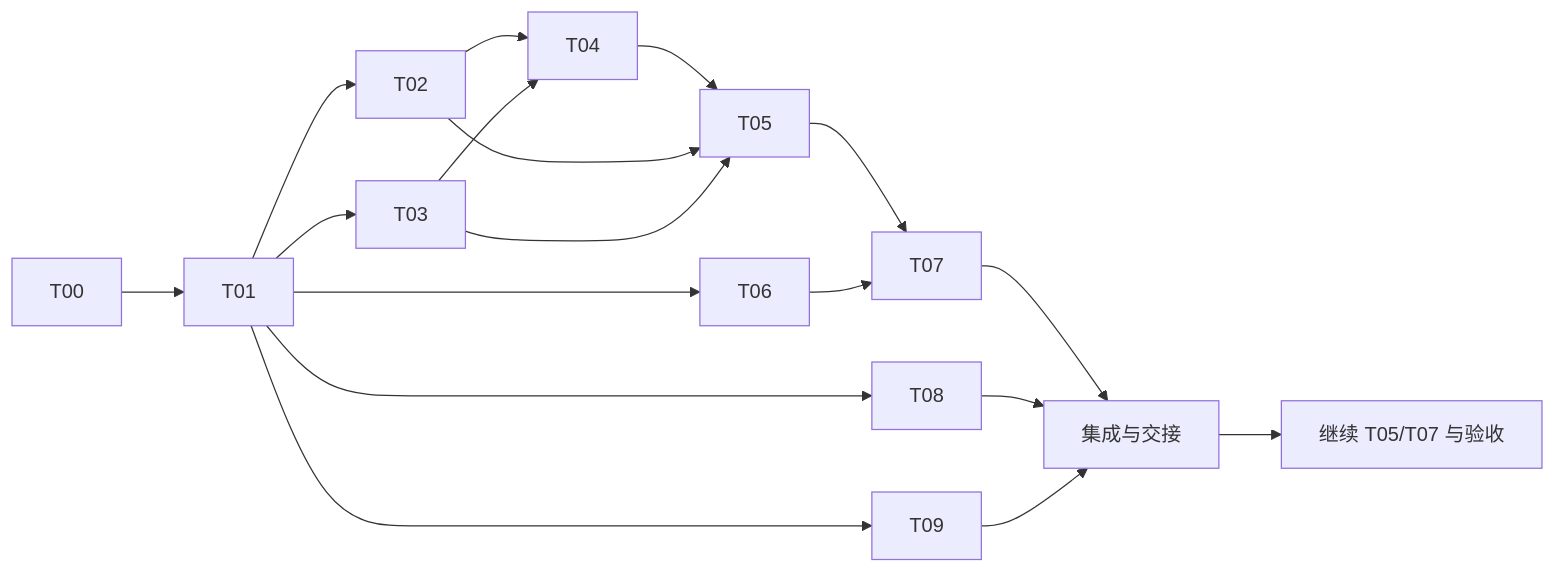
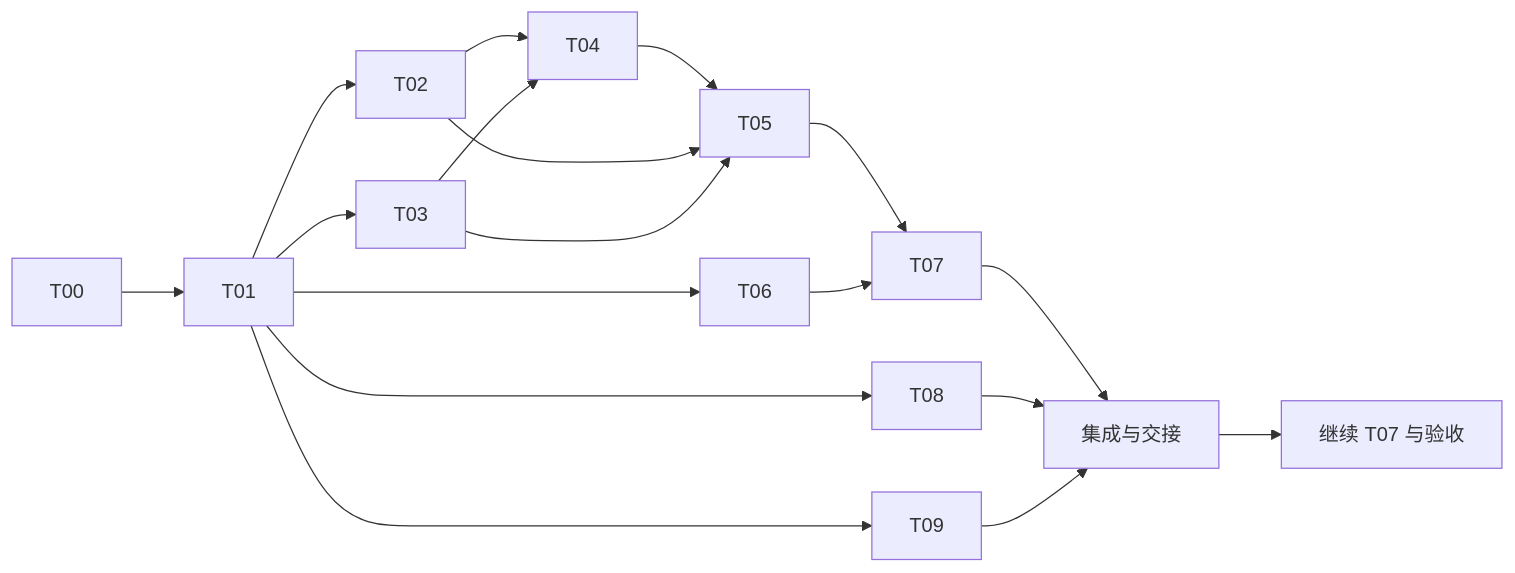
The diagram in docs/06-parallel-development-plan.md (TuGou-a/enterprise-knowledge-qa-agent), drawn with Mermaid before and after one commit. The commit also changed other lines of this file and 6 other files, not shown here.

````diff
--- a/docs/06-parallel-development-plan.md
+++ b/docs/06-parallel-development-plan.md
@@ -63,20 +65,20 @@
 ```mermaid
 flowchart LR
     T00 --> T01
     T01 --> T02
     T01 --> T03
     T01 --> T06
     T01 --> T08
     T01 --> T09
     T02 --> T04
     T03 --> T04
     T04 --> T05
     T02 --> T05
     T03 --> T05
     T05 --> T07
     T06 --> T07
     T07 --> I[集成与交接]
     T08 --> I
     T09 --> I
-    I --> W[继续 T05/T07 与验收]
+    I --> W[继续 T07 与验收]
 ```
````
